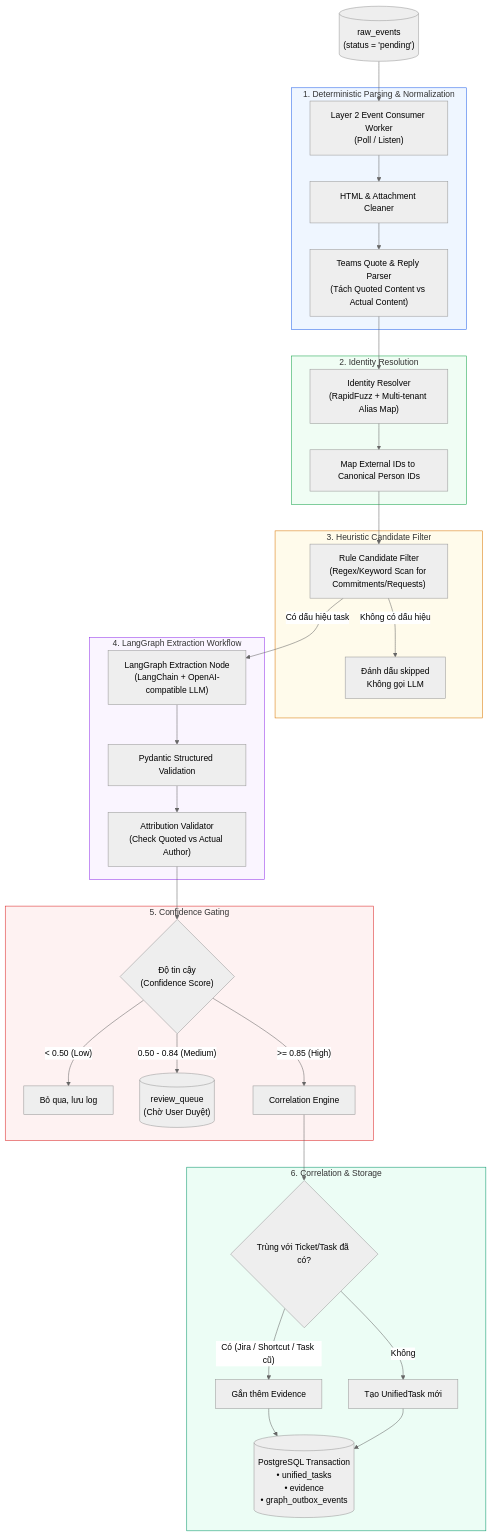
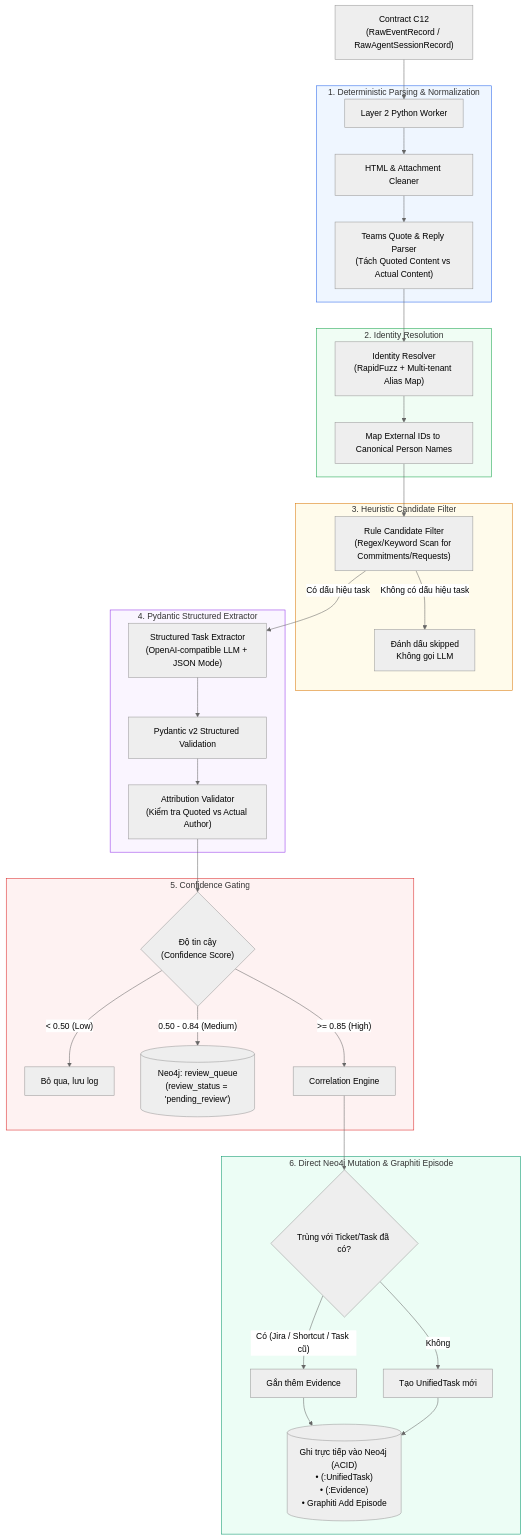
Before and after one commit to nxc1802/Personal_Task_Board: the diagram in docs/layers/layer-2-data-processing.md, drawn with Mermaid (neutral theme). The commit also changed other lines of this file and 8 other files, not shown here.

First line of the commit message:
docs: re-architect project to Lean Local-First edition

````diff
--- a/docs/layers/layer-2-data-processing.md
+++ b/docs/layers/layer-2-data-processing.md
@@ -13,47 +16,47 @@
 ```mermaid
 flowchart TD
-    RAW_IN[("raw_events<br/>(status = 'pending')")] --> CONSUMER["Layer 2 Event Consumer Worker<br/>(Poll / Listen)"]
+    RAW_IN["Contract C12<br/>(RawEventRecord / RawAgentSessionRecord)"] --> WORKER["Layer 2 Python Worker"]
     
     subgraph Step1 ["1. Deterministic Parsing & Normalization"]
-        CONSUMER --> HTML_CLN["HTML & Attachment Cleaner"]
+        WORKER --> HTML_CLN["HTML & Attachment Cleaner"]
         HTML_CLN --> QUOTE_PARSER["Teams Quote & Reply Parser<br/>(Tách Quoted Content vs Actual Content)"]
     end
 
     subgraph Step2 ["2. Identity Resolution"]
         QUOTE_PARSER --> ID_RESOLVER["Identity Resolver<br/>(RapidFuzz + Multi-tenant Alias Map)"]
-        ID_RESOLVER --> CANON_MAP["Map External IDs to Canonical Person IDs"]
+        ID_RESOLVER --> CANON_MAP["Map External IDs to Canonical Person Names"]
     end
 
     subgraph Step3 ["3. Heuristic Candidate Filter"]
         CANON_MAP --> RULE_FILTER["Rule Candidate Filter<br/>(Regex/Keyword Scan for Commitments/Requests)"]
-        RULE_FILTER -- "Không có dấu hiệu" --> SKIP["Đánh dấu skipped<br/>Không gọi LLM"]
+        RULE_FILTER -- "Không có dấu hiệu task" --> SKIP["Đánh dấu skipped<br/>Không gọi LLM"]
     end
 
-    subgraph Step4 ["4. LangGraph Extraction Workflow"]
-        RULE_FILTER -- "Có dấu hiệu task" --> LG_EXTRACT["LangGraph Extraction Node<br/>(LangChain + OpenAI-compatible LLM)"]
-        LG_EXTRACT --> PYDANTIC_VAL["Pydantic Structured Validation"]
-        PYDANTIC_VAL --> ATTR_VAL["Attribution Validator<br/>(Check Quoted vs Actual Author)"]
+    subgraph Step4 ["4. Pydantic Structured Extractor"]
+        RULE_FILTER -- "Có dấu hiệu task" --> LLM_EXTRACT["Structured Task Extractor<br/>(OpenAI-compatible LLM + JSON Mode)"]
+        LLM_EXTRACT --> PYDANTIC_VAL["Pydantic v2 Structured Validation"]
+        PYDANTIC_VAL --> ATTR_VAL["Attribution Validator<br/>(Kiểm tra Quoted vs Actual Author)"]
     end
 
     subgraph Step5 ["5. Confidence Gating"]
         ATTR_VAL --> CONF_GATE{"Độ tin cậy<br/>(Confidence Score)"}
         CONF_GATE -- "< 0.50 (Low)" --> REJECT["Bỏ qua, lưu log"]
-        CONF_GATE -- "0.50 - 0.84 (Medium)" --> REV_QUEUE[("review_queue<br/>(Chờ User Duyệt)")]
+        CONF_GATE -- "0.50 - 0.84 (Medium)" --> REV_QUEUE[("Neo4j: review_queue<br/>(review_status = 'pending_review')")]
         CONF_GATE -- ">= 0.85 (High)" --> CORRELATION["Correlation Engine"]
     end
 
-    subgraph Step6 ["6. Correlation & Storage"]
+    subgraph Step6 ["6. Direct Neo4j Mutation & Graphiti Episode"]
         CORRELATION --> TASK_MATCH{"Trùng với Ticket/Task đã có?"}
         TASK_MATCH -- "Có (Jira / Shortcut / Task cũ)" --> MERGE_EV["Gắn thêm Evidence"]
         TASK_MATCH -- "Không" --> CREATE_UT["Tạo UnifiedTask mới"]
         
-        MERGE_EV & CREATE_UT --> TX_COMMIT[("PostgreSQL Transaction<br/>• unified_tasks<br/>• evidence<br/>• graph_outbox_events")]
+        MERGE_EV & CREATE_UT --> DIRECT_CYPHER[("Ghi trực tiếp vào Neo4j (ACID)<br/>• (:UnifiedTask)<br/>• (:Evidence)<br/>• Graphiti Add Episode")]
     end
 
     style Step1 fill:#EFF6FF,stroke:#2563EB
     style Step2 fill:#F0FDF4,stroke:#16A34A
     style Step3 fill:#FFFBEB,stroke:#D97706
     style Step4 fill:#FAF5FF,stroke:#9333EA
     style Step5 fill:#FEF2F2,stroke:#DC2626
     style Step6 fill:#ECFDF5,stroke:#059669
 ```
````
